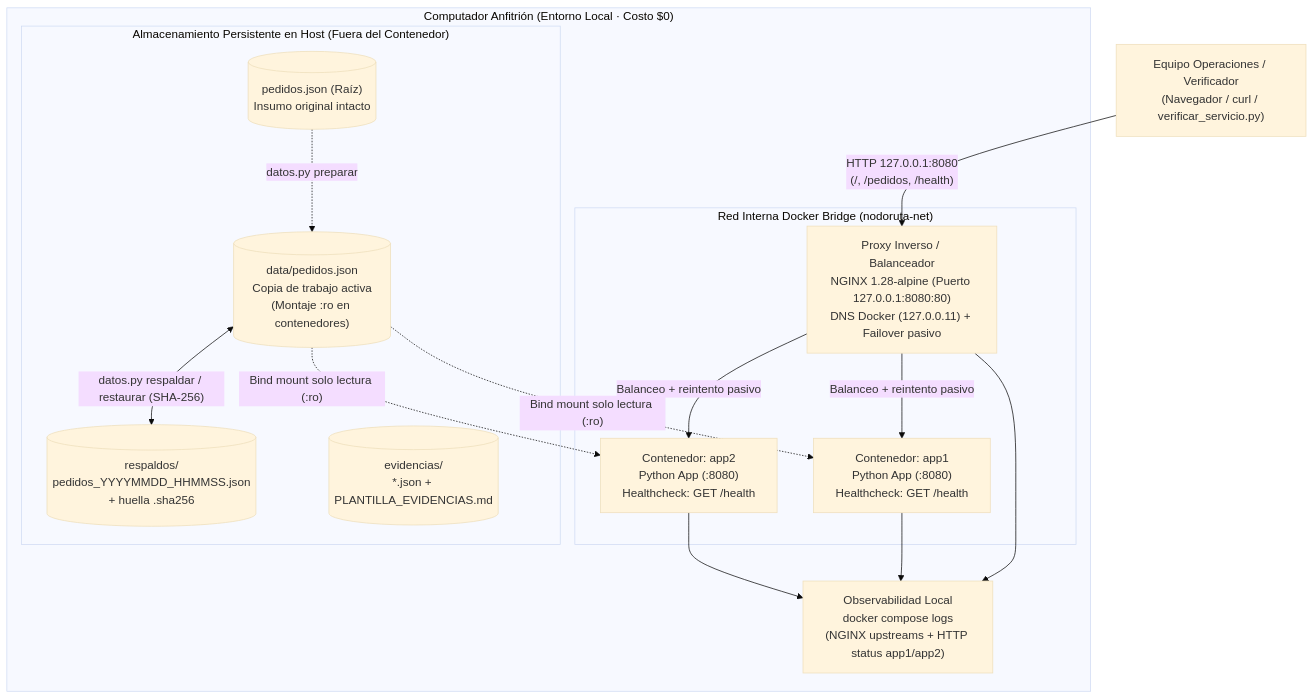
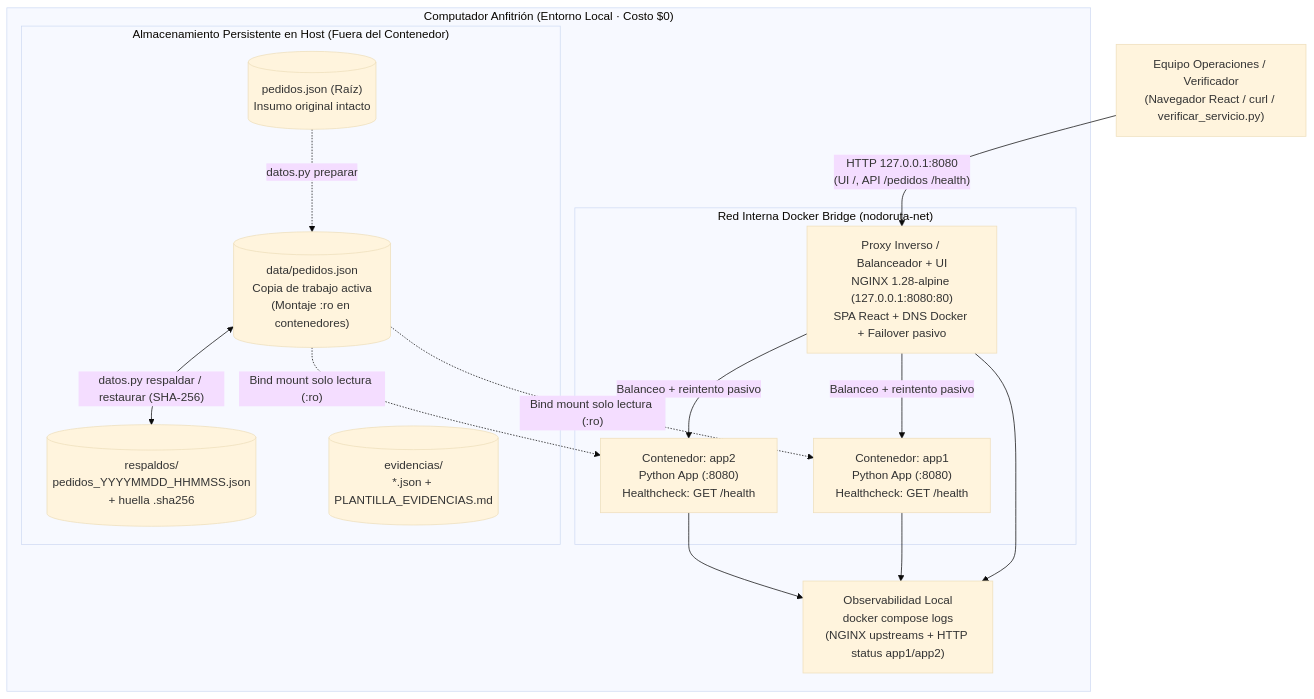
The diagram in infraestructura_y_despliegue_local_nodo_ruta.md (Cualquiera-INC/proyecto_hackaton_cualquiera_inc), drawn with Mermaid (base theme) before and after one commit. The commit also changed other lines of this file and 28 other files, not shown here.

````diff
--- a/infraestructura_y_despliegue_local_nodo_ruta.md
+++ b/infraestructura_y_despliegue_local_nodo_ruta.md
@@ -11,31 +11,31 @@
 ```mermaid
 flowchart TD
-    User["Equipo Operaciones / Verificador<br/>(Navegador / curl / verificar_servicio.py)"] -->|"HTTP 127.0.0.1:8080<br/>(/, /pedidos, /health)"| NGINX
+    User["Equipo Operaciones / Verificador<br/>(Navegador React / curl / verificar_servicio.py)"] -->|"HTTP 127.0.0.1:8080<br/>(UI /, API /pedidos /health)"| NGINX
 
     subgraph Host ["Computador Anfitrión (Entorno Local · Costo $0)"]
         subgraph DockerNet ["Red Interna Docker Bridge (nodoruta-net)"]
-            NGINX["Proxy Inverso / Balanceador<br/>NGINX 1.28-alpine (Puerto 127.0.0.1:8080:80)<br/>DNS Docker (127.0.0.11) + Failover pasivo"]
+            NGINX["Proxy Inverso / Balanceador + UI<br/>NGINX 1.28-alpine (127.0.0.1:8080:80)<br/>SPA React + DNS Docker + Failover pasivo"]
             APP1["Contenedor: app1<br/>Python App (:8080)<br/>Healthcheck: GET /health"]
             APP2["Contenedor: app2<br/>Python App (:8080)<br/>Healthcheck: GET /health"]
         end
 
         subgraph Storage ["Almacenamiento Persistente en Host (Fuera del Contenedor)"]
             DATA[("data/pedidos.json<br/>Copia de trabajo activa<br/>(Montaje :ro en contenedores)")]
             ORIG[("pedidos.json (Raíz)<br/>Insumo original intacto")]
             BACKUP[("respaldos/<br/>pedidos_YYYYMMDD_HHMMSS.json<br/>+ huella .sha256")]
             EVID[("evidencias/<br/>*.json + PLANTILLA_EVIDENCIAS.md")]
         end
 
         LOGS["Observabilidad Local<br/>docker compose logs<br/>(NGINX upstreams + HTTP status app1/app2)"]
     end
 
     NGINX -->|"Balanceo + reintento pasivo"| APP1
     NGINX -->|"Balanceo + reintento pasivo"| APP2
     DATA -.->|"Bind mount solo lectura (:ro)"| APP1
     DATA -.->|"Bind mount solo lectura (:ro)"| APP2
     ORIG -.->|"datos.py preparar"| DATA
     DATA <-->|"datos.py respaldar / restaurar (SHA-256)"| BACKUP
     NGINX --> LOGS
     APP1 --> LOGS
     APP2 --> LOGS
 ```
````
